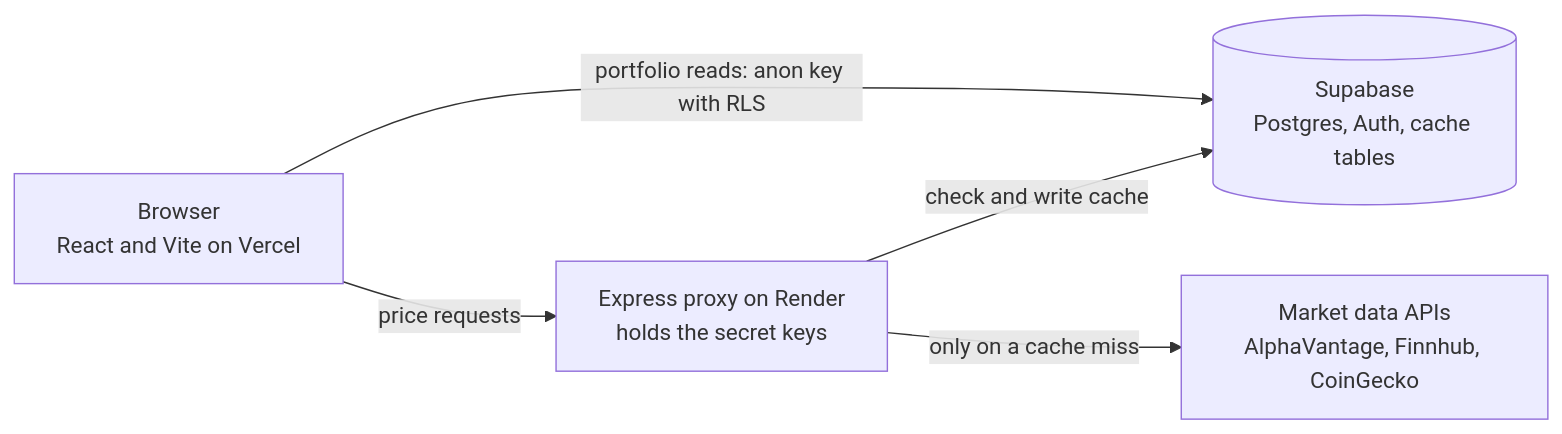
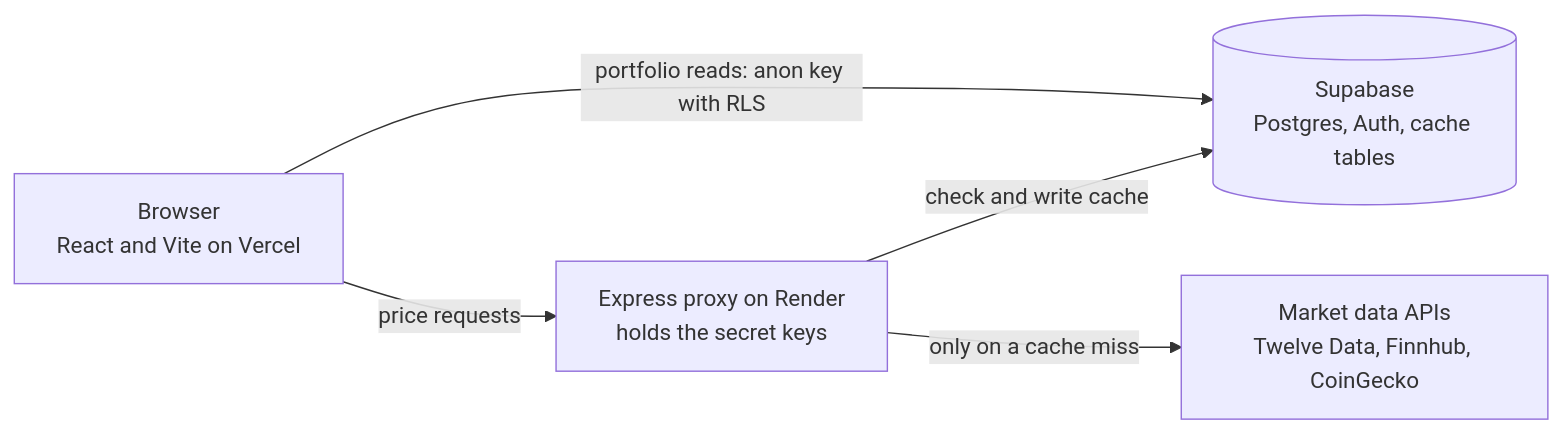
One commit to Antananariwa/tracker-app changed the diagram in README.md. Above: the diagram before and after it, drawn with Mermaid. The commit also changed other lines of this file and 4 other files, not shown here.

````diff
--- a/README.md
+++ b/README.md
@@ -80,12 +80,12 @@
 ```mermaid
 flowchart LR
     B["Browser<br/>React and Vite on Vercel"]
     P["Express proxy on Render<br/>holds the secret keys"]
     S[("Supabase<br/>Postgres, Auth, cache tables")]
-    A["Market data APIs<br/>AlphaVantage, Finnhub, CoinGecko"]
+    A["Market data APIs<br/>Twelve Data, Finnhub, CoinGecko"]
 
     B -- "portfolio reads: anon key with RLS" --> S
     B -- "price requests" --> P
     P -- "check and write cache" --> S
     P -- "only on a cache miss" --> A
 ```
````
